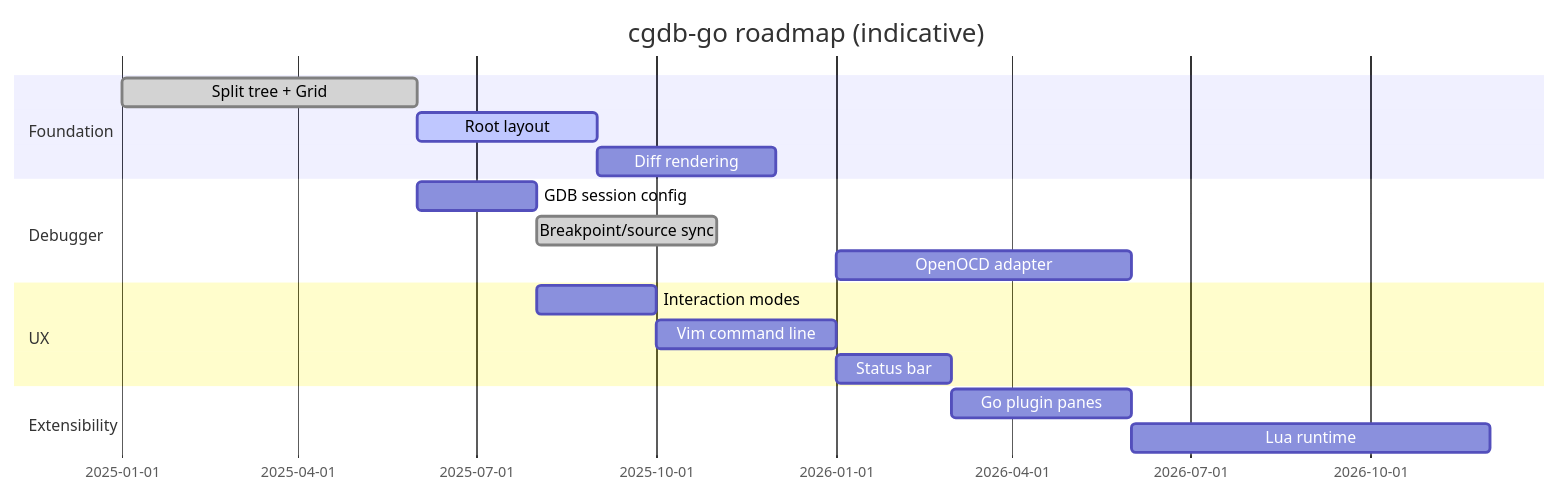
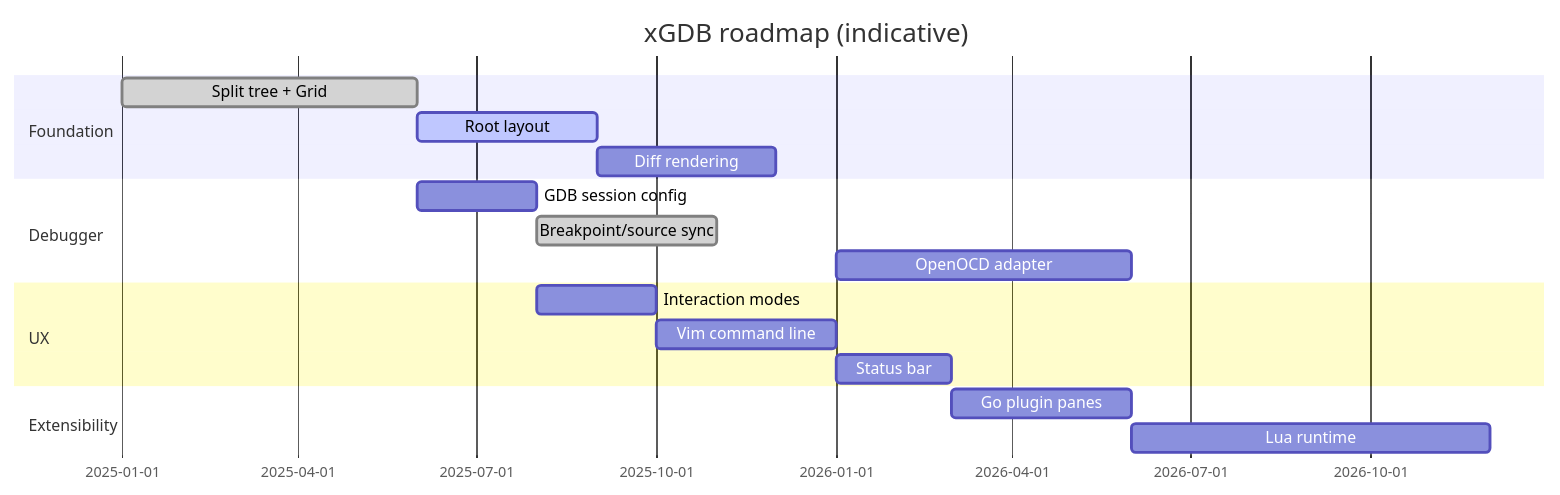
Before and after one commit to yairgd/gdbforge: the diagram in docs/ROADMAP.md, drawn with Mermaid. The commit also changed other lines of this file and 87 other files, not shown here.

First line of the commit message:
Rename module and docs from cgdb-go to xGDB/gdbx.

````diff
--- a/docs/ROADMAP.md
+++ b/docs/ROADMAP.md
@@ -69,20 +69,20 @@
 ```mermaid
 gantt
-    title cgdb-go roadmap (indicative)
+    title xGDB roadmap (indicative)
     dateFormat YYYY-MM
     section Foundation
         Split tree + Grid           :done, m1, 2025-01, 2025-06
         Root layout                 :active, m2, 2025-06, 2025-09
         Diff rendering              :m3, 2025-09, 2025-12
     section Debugger
         GDB session config          :m4, 2025-06, 2025-08
         Breakpoint/source sync      :done, m5, 2025-08, 2025-11
         OpenOCD adapter             :m6, 2026-01, 2026-06
     section UX
         Interaction modes           :m7, 2025-08, 2025-10
         Vim command line            :m8, 2025-10, 2026-01
         Status bar                  :m9, 2026-01, 2026-03
     section Extensibility
         Go plugin panes             :m10, 2026-03, 2026-06
         Lua runtime                 :m11, 2026-06, 2026-12
 ```
````
